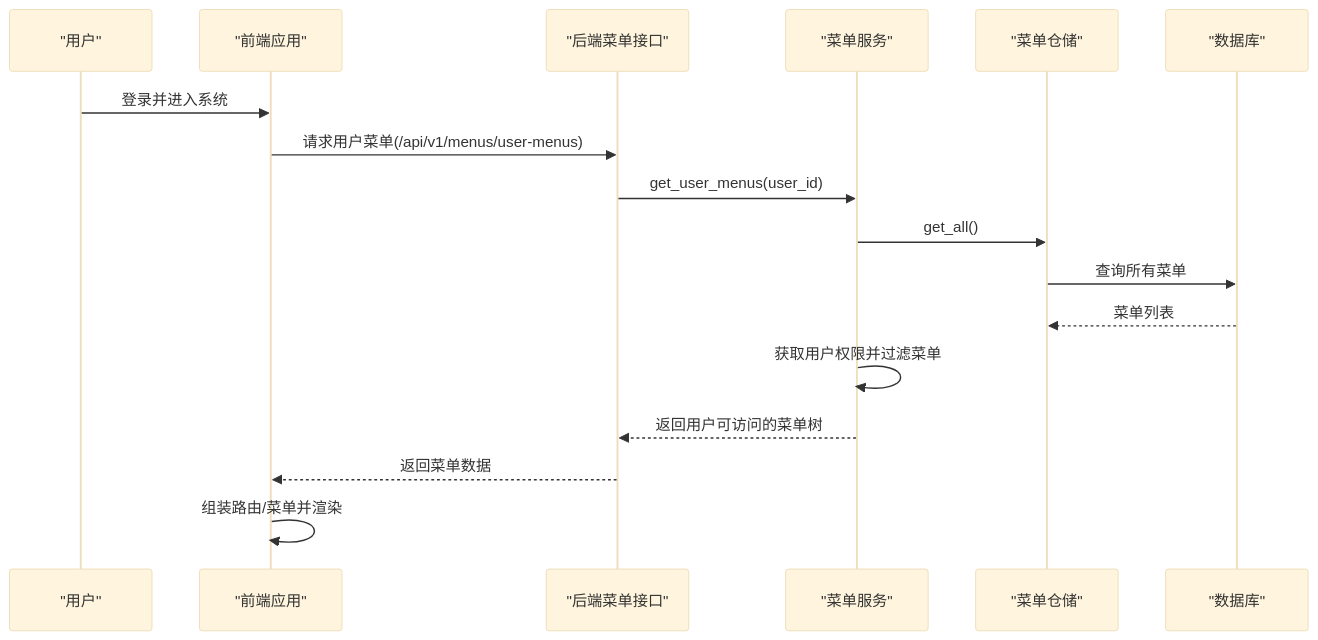
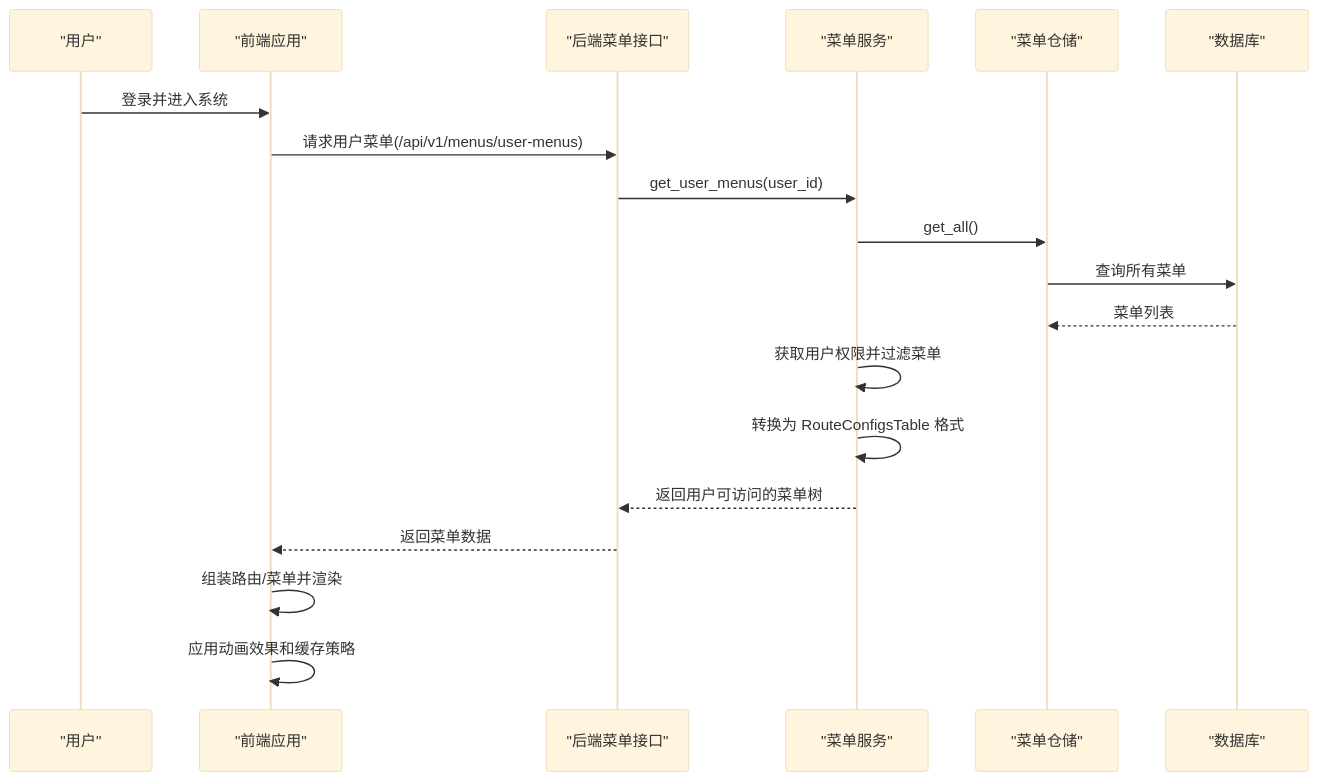
The second of 10 diagrams in .qoder/repowiki/zh/content/项目概述/核心特性/动态菜单生成.md (taoweidong/Hello-FastApi), drawn with Mermaid (base theme) before and after one commit. The commit also changed other lines of this file and 11 other files, not shown here.

````diff
--- a/.qoder/repowiki/zh/content/项目概述/核心特性/动态菜单生成.md
+++ b/.qoder/repowiki/zh/content/项目概述/核心特性/动态菜单生成.md
@@ -112,19 +133,21 @@
 ```mermaid
 sequenceDiagram
 participant U as "用户"
 participant FE as "前端应用"
 participant API as "后端菜单接口"
 participant SVC as "菜单服务"
 participant REPO as "菜单仓储"
 participant DB as "数据库"
 U->>FE : 登录并进入系统
 FE->>API : 请求用户菜单(/api/v1/menus/user-menus)
 API->>SVC : get_user_menus(user_id)
 SVC->>REPO : get_all()
 REPO->>DB : 查询所有菜单
 DB-->>REPO : 菜单列表
 SVC->>SVC : 获取用户权限并过滤菜单
+SVC->>SVC : 转换为 RouteConfigsTable 格式
 SVC-->>API : 返回用户可访问的菜单树
 API-->>FE : 返回菜单数据
 FE->>FE : 组装路由/菜单并渲染
+FE->>FE : 应用动画效果和缓存策略
 ```
````
